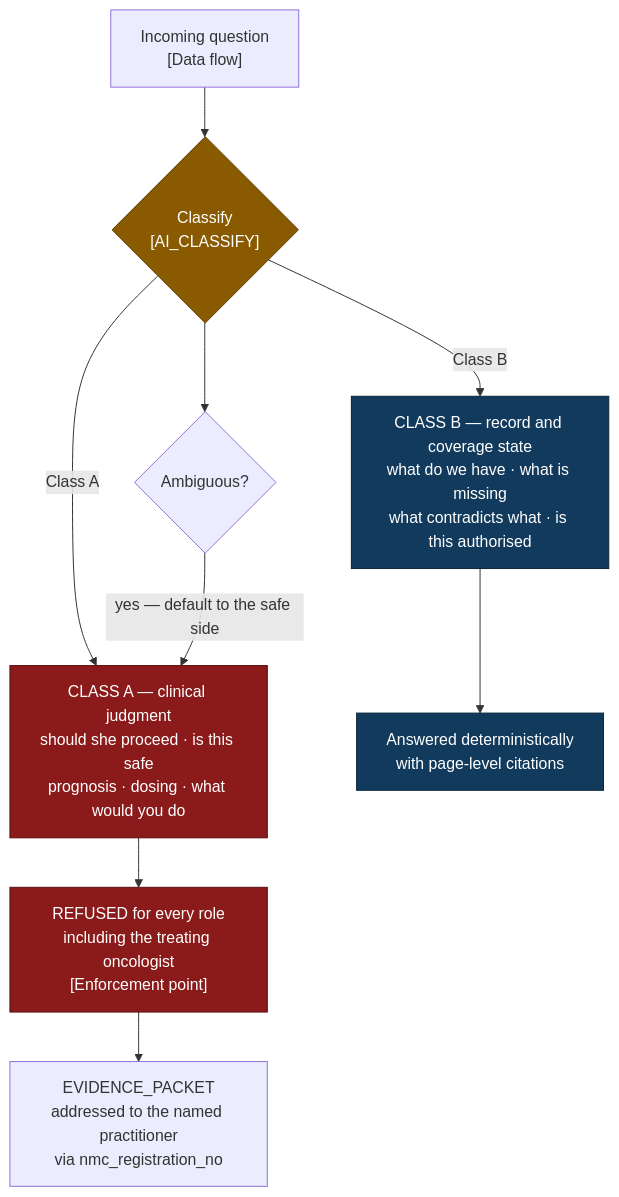
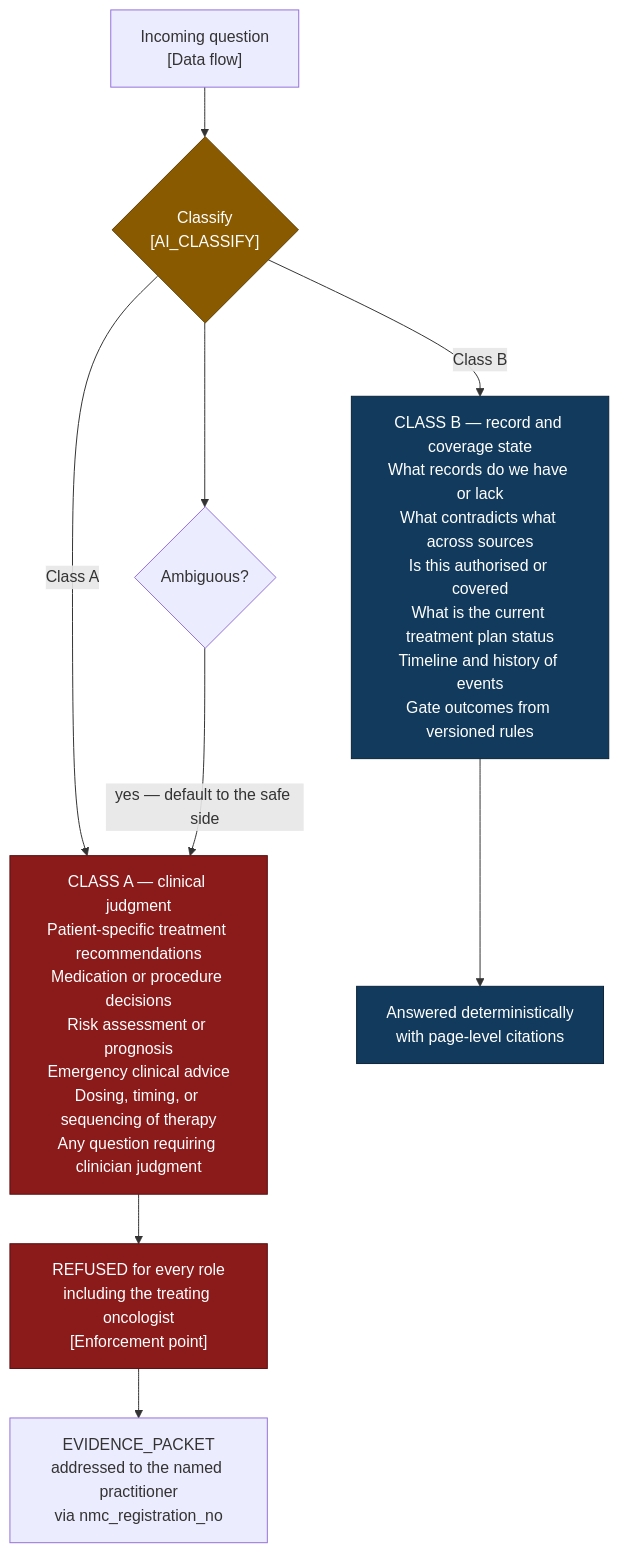
Diagram 15 of 16 in planning/revised-architecture/ARCHITECTURE-DIAGRAMS.md (DanushArun/patient-360), drawn with Mermaid before and after one commit. The commit also changed other lines of this file and 9 other files, not shown here.

First line of the commit message:
update(architecture): replace Family Caretaker with Patient Navigator in various documents and diagrams

````diff
--- a/planning/revised-architecture/ARCHITECTURE-DIAGRAMS.md
+++ b/planning/revised-architecture/ARCHITECTURE-DIAGRAMS.md
@@ -949,28 +1227,28 @@
 ```mermaid
 flowchart TB
     Q["Incoming question<br/>[Data flow]"]
     CLS{"Classify<br/>[AI_CLASSIFY]"}
     AMB{"Ambiguous?"}
 
-    A["CLASS A — clinical judgment<br/>should she proceed · is this safe<br/>prognosis · dosing · what would you do"]
-    B["CLASS B — record and coverage state<br/>what do we have · what is missing<br/>what contradicts what · is this authorised"]
+    A["CLASS A — clinical judgment<br/>Patient-specific treatment recommendations<br/>Medication or procedure decisions<br/>Risk assessment or prognosis<br/>Emergency clinical advice<br/>Dosing, timing, or sequencing of therapy<br/>Any question requiring clinician judgment"]
+    B["CLASS B — record and coverage state<br/>What records do we have or lack<br/>What contradicts what across sources<br/>Is this authorised or covered<br/>What is the current treatment plan status<br/>Timeline and history of events<br/>Gate outcomes from versioned rules"]
 
     REF["REFUSED for every role<br/>including the treating oncologist<br/>[Enforcement point]"]
     PKT["EVIDENCE_PACKET<br/>addressed to the named practitioner<br/>via nmc_registration_no"]
     ANS["Answered deterministically<br/>with page-level citations"]
 
     Q --> CLS
     CLS -->|"Class A"| A
     CLS -->|"Class B"| B
     CLS --> AMB
     AMB -->|"yes — default to the safe side"| A
     A --> REF --> PKT
     B --> ANS
 
     classDef enforce fill:#8b1a1a,stroke:#5a0f0f,color:#fff
     classDef good fill:#123a5c,stroke:#0b2439,color:#fff
     classDef ai fill:#8a5a00,stroke:#5c3c00,color:#fff
     class A,REF enforce
     class B,ANS good
     class CLS ai
 ```
````
